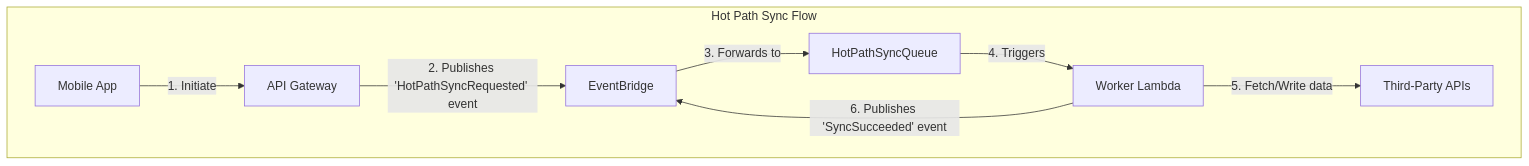
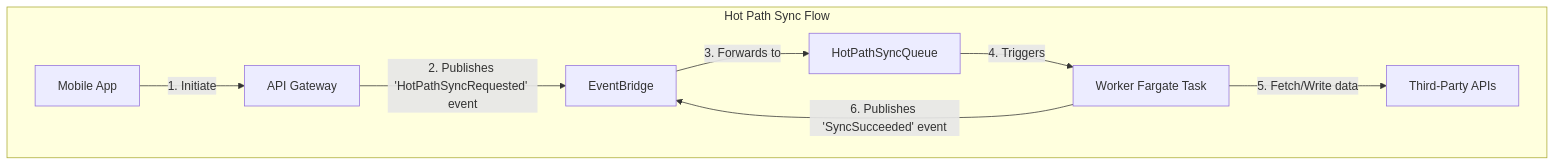
One commit to dino10bit/healthsync changed the fifth of 7 diagrams in 06-technical-architecture.md. Above: the diagram before and after it, drawn with Mermaid. The commit also changed other lines of this file and 3 other files, not shown here.

````diff
--- a/06-technical-architecture.md
+++ b/06-technical-architecture.md
@@ -976,11 +1000,11 @@
 ```mermaid
 graph TD
     subgraph "Hot Path Sync Flow"
         A[Mobile App] -- 1. Initiate --> B[API Gateway]
         B -- 2. Publishes 'HotPathSyncRequested' event --> C[EventBridge]
         C -- 3. Forwards to --> SQS[HotPathSyncQueue]
-        SQS -- 4. Triggers --> D[Worker Lambda]
+        SQS -- 4. Triggers --> D[Worker Fargate Task]
         D -- 5. Fetch/Write data --> E[Third-Party APIs]
         D -- 6. Publishes 'SyncSucceeded' event --> C
     end
 ```
````
